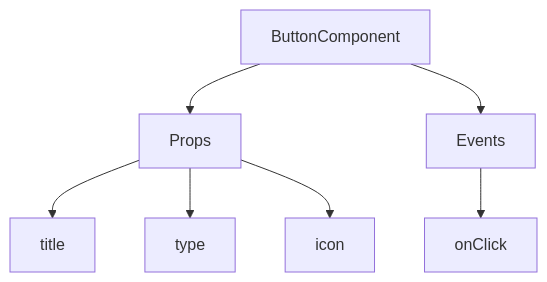
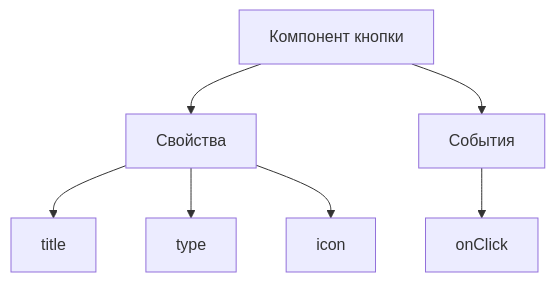
Before and after one commit to easampl/nocobase-docs-ru: the first of 2 diagrams in flow-engine/quickstart.md, drawn with Mermaid. The commit also changed other lines of this file and 31 other files, not shown here.

````diff
--- a/flow-engine/quickstart.md
+++ b/flow-engine/quickstart.md
@@ -281,10 +279,10 @@
 ```mermaid
 graph TD
-  Button[ButtonComponent]
-  Button --> Props[Props]
-  Button --> Events[Events]
+  Button[Компонент кнопки]
+  Button --> Props[Свойства]
+  Button --> Events[События]
   Props --> title[title]
   Props --> type[type]
   Props --> icon[icon]
   Events --> onClick[onClick]
 ```
````
